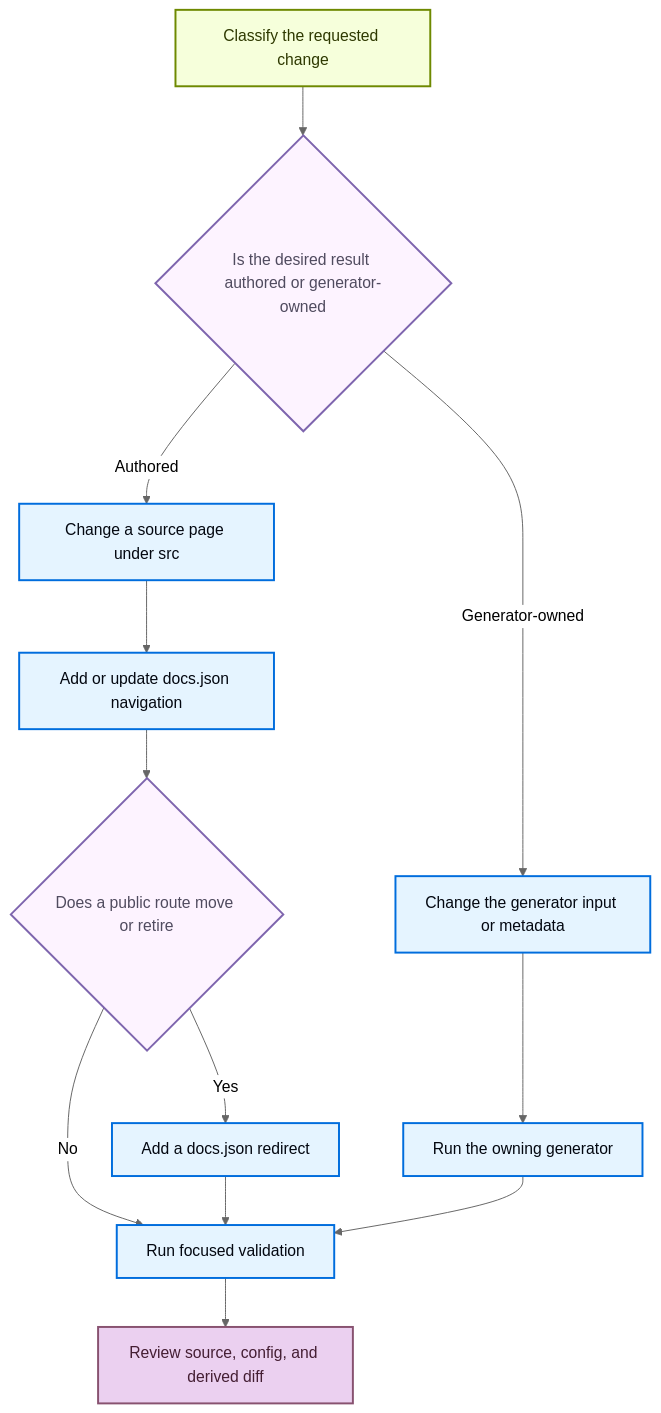
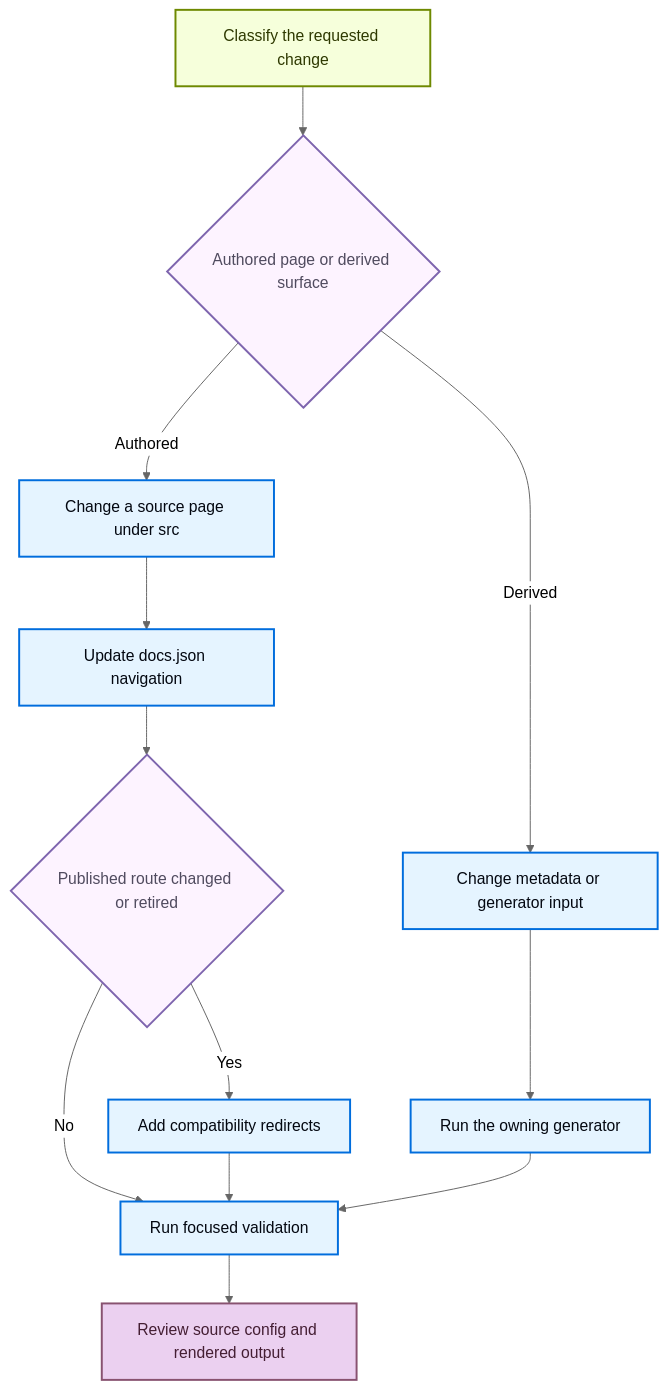
Before and after one commit to langchain-ai/docs: the diagram in openwiki/operations/adding-pages.md, drawn with Mermaid (neutral theme). The commit also changed other lines of this file and 20 other files, not shown here.

````diff
--- a/openwiki/operations/adding-pages.md
+++ b/openwiki/operations/adding-pages.md
@@ -51,22 +49,22 @@
 ```mermaid
 flowchart TD
-    Start["Classify the requested change"] --> Owner{"Is the desired result authored or generator-owned"}
-    Owner -->|"Authored"| Author["Change a source page under src"]
-    Owner -->|"Generator-owned"| Input["Change the generator input or metadata"]
-    Author --> Nav["Add or update docs.json navigation"]
-    Input --> RunGenerator["Run the owning generator"]
-    Nav --> Retire{"Does a public route move or retire"}
-    Retire -->|"Yes"| Redirect["Add a docs.json redirect"]
-    Retire -->|"No"| Validate["Run focused validation"]
-    Redirect --> Validate
-    RunGenerator --> Validate
-    Validate --> Review["Review source, config, and derived diff"]
+    Start["Classify the requested change"] --> Owner{"Authored page or derived surface"}
+    Owner -->|"Authored"| Source["Change a source page under src"]
+    Owner -->|"Derived"| Input["Change metadata or generator input"]
+    Source --> Nav["Update docs.json navigation"]
+    Input --> Generate["Run the owning generator"]
+    Nav --> Route{"Published route changed or retired"}
+    Route -->|"Yes"| Redirect["Add compatibility redirects"]
+    Route -->|"No"| Check["Run focused validation"]
+    Redirect --> Check
+    Generate --> Check
+    Check --> Review["Review source config and rendered output"]
     classDef process fill:#E5F4FF,stroke:#006DDD,stroke-width:2px,color:#030710
     classDef trigger fill:#F6FFDB,stroke:#6E8900,stroke-width:2px,color:#2E3900
     classDef decision fill:#FDF3FF,stroke:#7E65AE,stroke-width:2px,color:#504B5F
     classDef output fill:#EBD0F0,stroke:#885270,stroke-width:2px,color:#441E33
     class Start trigger
-    class Owner,Retire decision
-    class Author,Input,Nav,RunGenerator,Redirect,Validate process
+    class Owner,Route decision
+    class Source,Input,Nav,Generate,Redirect,Check process
     class Review output
 ```
````
